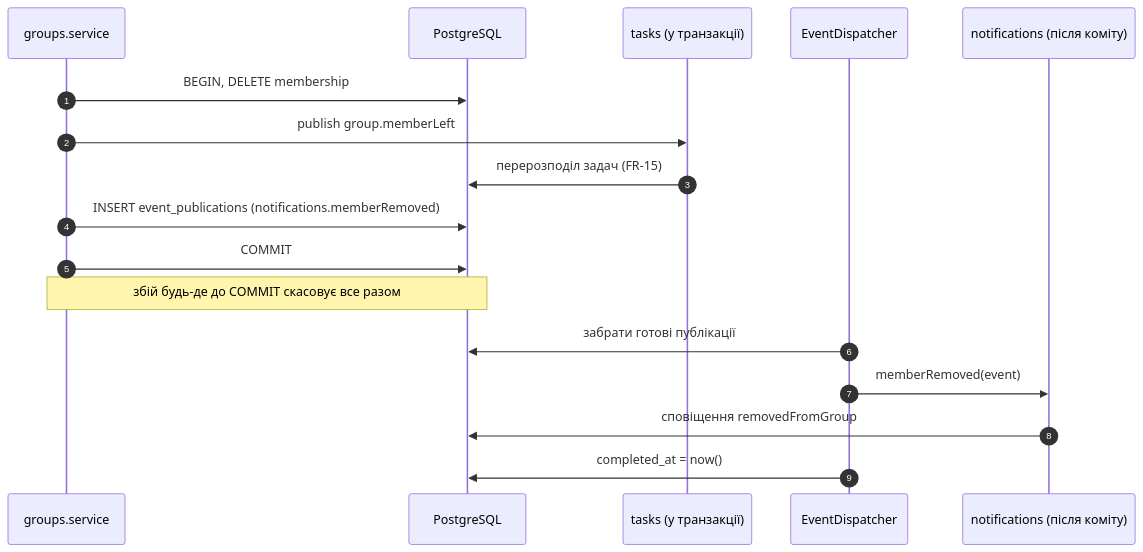
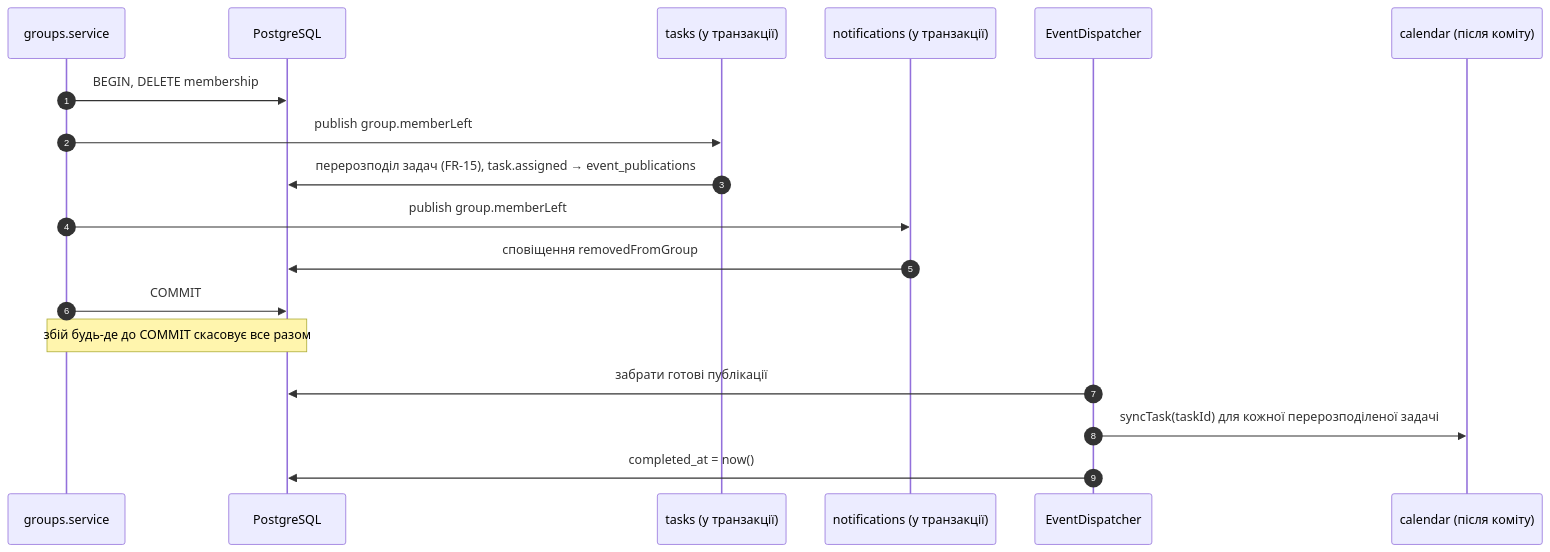
The second of 4 diagrams in docs/architecture.md (mzabrodin/Errandly), drawn with Mermaid before and after one commit. The commit also changed other lines of this file and 7 other files, not shown here.

Commit message:
feat(frontend): show unassigned-task notifications to admins

````diff
--- a/docs/architecture.md
+++ b/docs/architecture.md
@@ -123,20 +123,21 @@
 ```mermaid
 sequenceDiagram
   autonumber
   participant G as groups.service
   participant DB as PostgreSQL
   participant T as tasks (у транзакції)
+  participant N as notifications (у транзакції)
   participant D as EventDispatcher
-  participant N as notifications (після коміту)
+  participant C as calendar (після коміту)
 
   G->>DB: BEGIN, DELETE membership
   G->>T: publish group.memberLeft
-  T->>DB: перерозподіл задач (FR-15)
-  G->>DB: INSERT event_publications (notifications.memberRemoved)
+  T->>DB: перерозподіл задач (FR-15), task.assigned → event_publications
+  G->>N: publish group.memberLeft
+  N->>DB: сповіщення removedFromGroup
   G->>DB: COMMIT
   Note over G,DB: збій будь-де до COMMIT скасовує все разом
   D->>DB: забрати готові публікації
-  D->>N: memberRemoved(event)
-  N->>DB: сповіщення removedFromGroup
+  D->>C: syncTask(taskId) для кожної перерозподіленої задачі
   D->>DB: completed_at = now()
 ```
````
